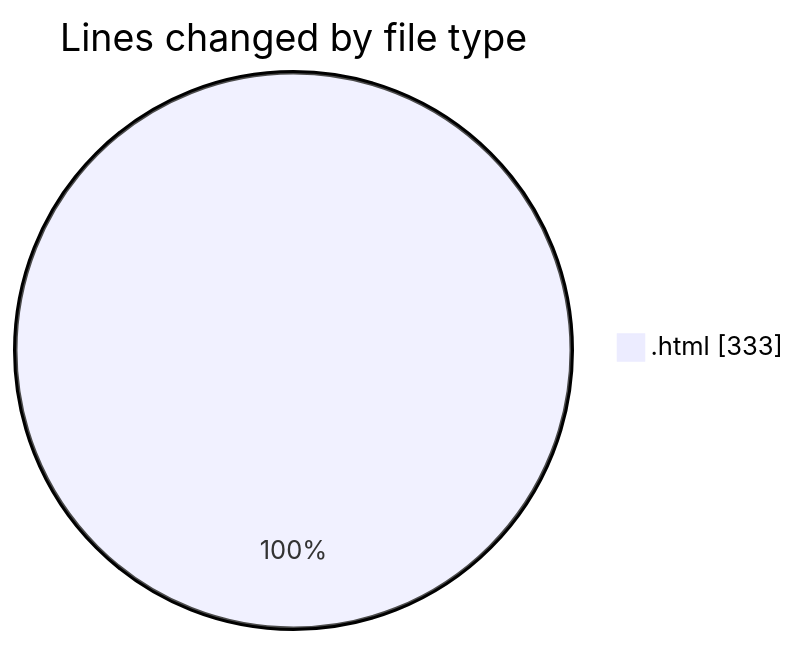
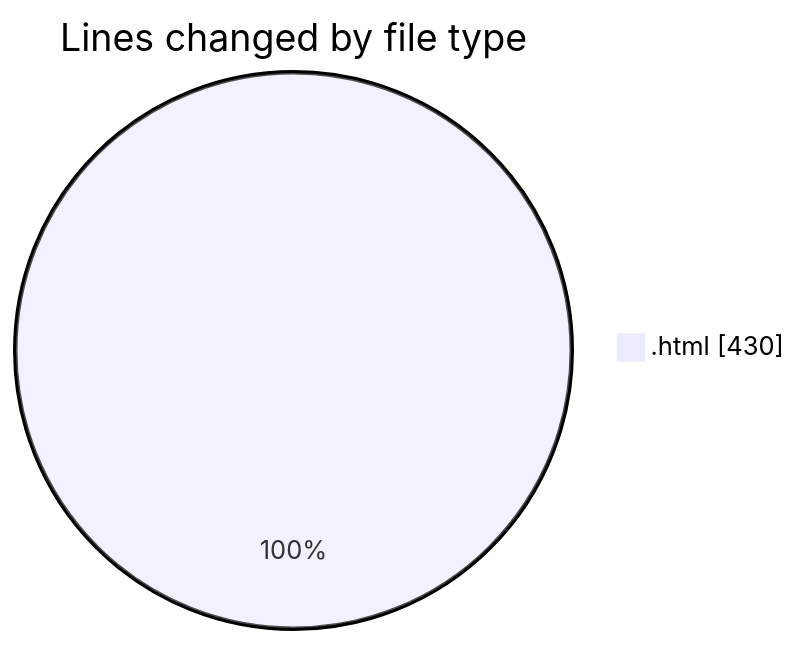
The first of 2 diagrams in 2025-05-23/projects/README.md (Ritupan-Deka/code-tracking), drawn with Mermaid before and after one commit. The commit also changed other lines of this file and 1 other file, not shown here.

````diff
--- a/2025-05-23/projects/README.md
+++ b/2025-05-23/projects/README.md
@@ -20,5 +20,5 @@
 ```mermaid
 pie showData
 title Lines changed by file type
-".html" : 333
+".html" : 430
 ```
````
